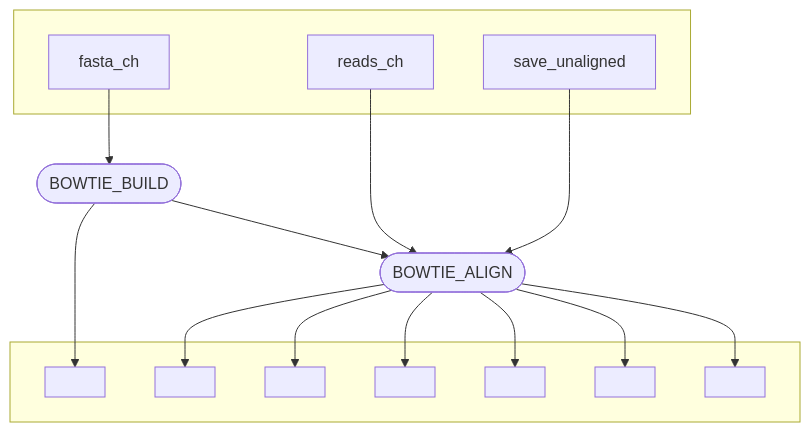
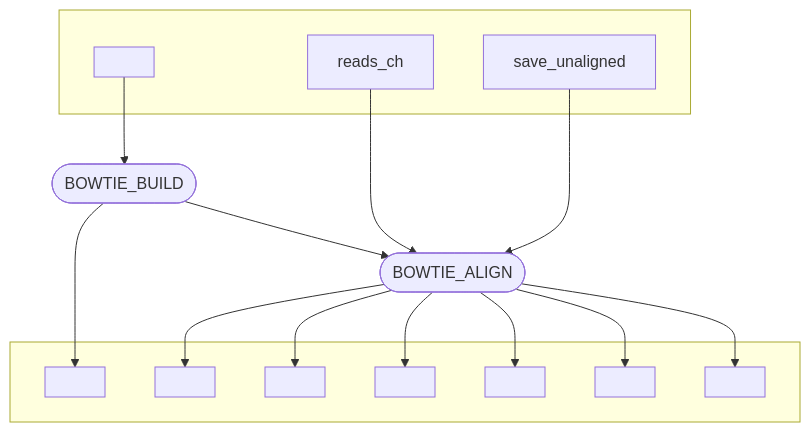
Before and after one commit to dxsbiocc/phi: the diagram in resources/wrappers/modules/nf-core/bowtie/align/wrapper/dag.mmd, drawn with Mermaid. The commit also changed 34 other files, not shown here.

```diff
--- a/resources/wrappers/modules/nf-core/bowtie/align/wrapper/dag.mmd
+++ b/resources/wrappers/modules/nf-core/bowtie/align/wrapper/dag.mmd
@@ -1,28 +1,28 @@
 flowchart TB
     subgraph " "
-    v0["fasta_ch"]
+    v0[" "]
     v3["reads_ch"]
     v4["save_unaligned"]
     end
     v1(["BOWTIE_BUILD"])
     subgraph " "
     v2[" "]
     v6[" "]
     v7[" "]
     v8[" "]
     v9[" "]
     v10[" "]
     v11[" "]
     end
     v5(["BOWTIE_ALIGN"])
     v0 --> v1
     v1 --> v5
     v1 --> v2
     v3 --> v5
     v4 --> v5
     v5 --> v11
     v5 --> v10
     v5 --> v9
     v5 --> v8
     v5 --> v7
     v5 --> v6
```
